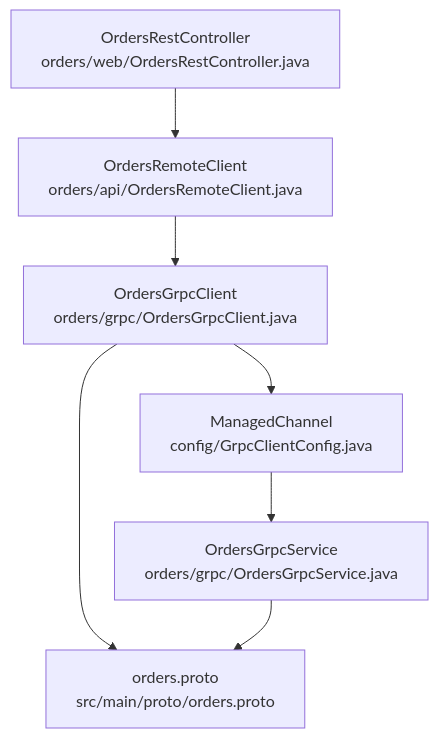
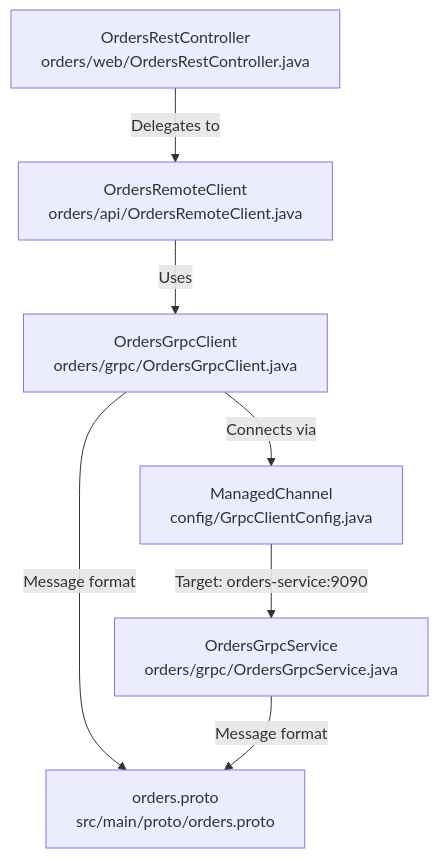
The fifth of 5 diagrams in docs/deepwiki/Overview.md (philipz/spring-modular-monolith), drawn with Mermaid before and after one commit. The commit also changed other lines of this file and 55 other files, not shown here.

````diff
--- a/docs/deepwiki/Overview.md
+++ b/docs/deepwiki/Overview.md
@@ -272,17 +272,17 @@
 ```mermaid
 flowchart TD
 
 restController["OrdersRestController<br>orders/web/OrdersRestController.java"]
 remoteClient["OrdersRemoteClient<br>orders/api/OrdersRemoteClient.java"]
 grpcClient["OrdersGrpcClient<br>orders/grpc/OrdersGrpcClient.java"]
 channel["ManagedChannel<br>config/GrpcClientConfig.java"]
 grpcService["OrdersGrpcService<br>orders/grpc/OrdersGrpcService.java"]
 protoContract["orders.proto<br>src/main/proto/orders.proto"]
 
-restController --> remoteClient
-remoteClient --> grpcClient
-grpcClient --> channel
-channel --> grpcService
-grpcClient --> protoContract
-grpcService --> protoContract
+restController -->|"Delegates to"| remoteClient
+remoteClient -->|"Uses"| grpcClient
+grpcClient -->|"Connects via"| channel
+channel -->|"Target: orders-service:9090"| grpcService
+grpcClient -->|"Message format"| protoContract
+grpcService -->|"Message format"| protoContract
 ```
````
